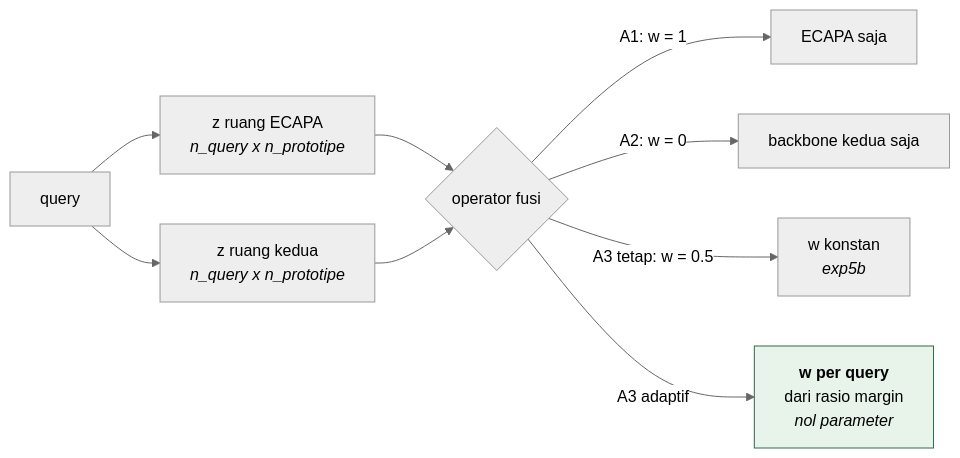
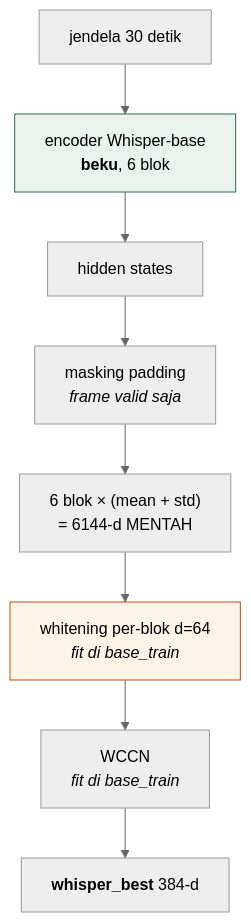
Before and after one commit to nilammufidah19/Incremental-OpenSet-SpeakerRecognition: the fourth of 4 diagrams in docs/experiment-6.md, drawn with Mermaid (neutral theme). The commit also changed other lines of this file, not shown here.

````diff
--- a/docs/experiment-6.md
+++ b/docs/experiment-6.md
@@ -189,13 +304,13 @@
 ```mermaid
-flowchart LR
-    A["query"] --> B["z ruang ECAPA<br/><i>n_query x n_prototipe</i>"]
-    A --> C["z ruang kedua<br/><i>n_query x n_prototipe</i>"]
-    B --> D{"operator fusi"}
-    C --> D
-    D -->|"A1: w = 1"| E["ECAPA saja"]
-    D -->|"A2: w = 0"| F["backbone kedua saja"]
-    D -->|"A3 tetap: w = 0.5"| G["w konstan<br/><i>exp5b</i>"]
-    D -->|"A3 adaptif"| H["<b>w per query</b><br/>dari rasio margin<br/><i>nol parameter</i>"]
+flowchart TD
+    A["jendela 30 detik"] --> B["encoder Whisper-base<br/><b>beku</b>, 6 blok"]
+    B --> C["hidden states"]
+    C --> D["masking padding<br/><i>frame valid saja</i>"]
+    D --> E["6 blok × (mean + std)<br/>= 6144-d MENTAH"]
+    E --> F["whitening per-blok d=64<br/><i>fit di base_train</i>"]
+    F --> G["WCCN<br/><i>fit di base_train</i>"]
+    G --> H["<b>whisper_best</b> 384-d"]
 
-    style H fill:#e8f4ea,stroke:#2d6a4f
+    style B fill:#e8f4ea,stroke:#2d6a4f
+    style F fill:#fff4e6,stroke:#b45309
 ```
````
